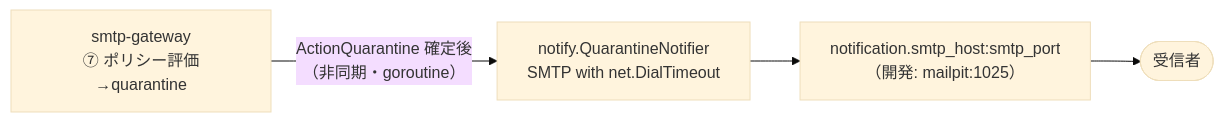
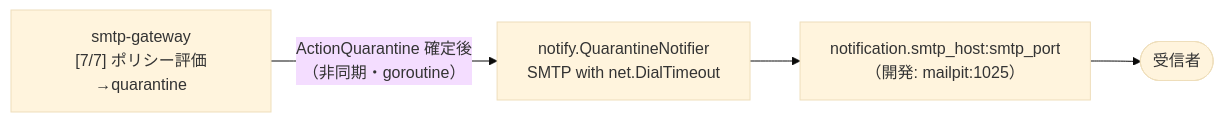
Before and after one commit to yumekui08/mailshield: the third of 4 diagrams in docs/specs/mail-processing-flow.md, drawn with Mermaid (base theme). The commit also changed other lines of this file and 16 other files, not shown here.

````diff
--- a/docs/specs/mail-processing-flow.md
+++ b/docs/specs/mail-processing-flow.md
@@ -98,6 +113,6 @@
 ```mermaid
 flowchart LR
-    GW["smtp-gateway\n⑦ ポリシー評価→quarantine"] -->|"ActionQuarantine 確定後\n（非同期・goroutine）"| Notifier["notify.QuarantineNotifier\nSMTP with net.DialTimeout"]
+    GW["smtp-gateway\n[7/7] ポリシー評価→quarantine"] -->|"ActionQuarantine 確定後\n（非同期・goroutine）"| Notifier["notify.QuarantineNotifier\nSMTP with net.DialTimeout"]
     Notifier --> SMTP["notification.smtp_host:smtp_port\n（開発: mailpit:1025）"]
     SMTP --> Recipient([受信者])
 ```
````
